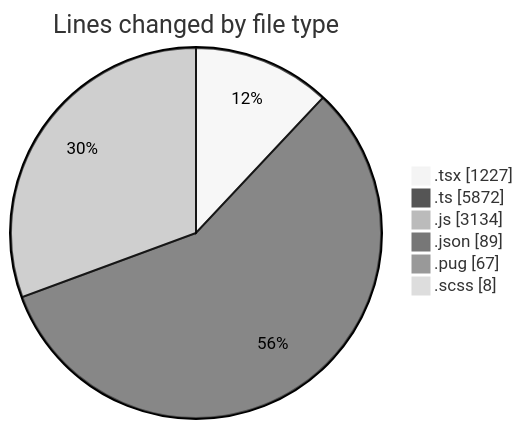
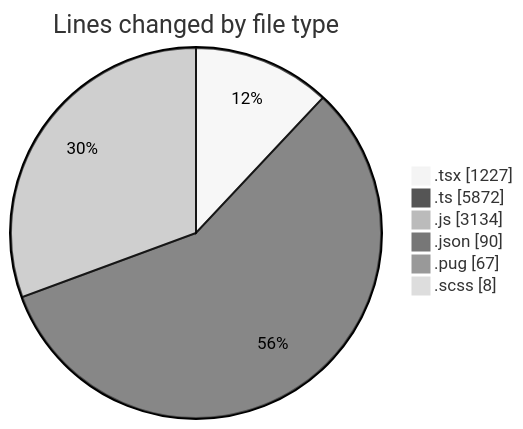
One commit to momahboobian/code-tracking changed the first of 2 diagrams in 2025-03-24/cda/README.md. Above: the diagram before and after it, drawn with Mermaid (neutral theme). The commit also changed other lines of this file and 1 other file, not shown here.

````diff
--- a/2025-03-24/cda/README.md
+++ b/2025-03-24/cda/README.md
@@ -41,10 +41,10 @@
 ```mermaid
 pie showData
 title Lines changed by file type
 ".tsx" : 1227
 ".ts" : 5872
 ".js" : 3134
-".json" : 89
+".json" : 90
 ".pug" : 67
 ".scss" : 8
 ```
````
